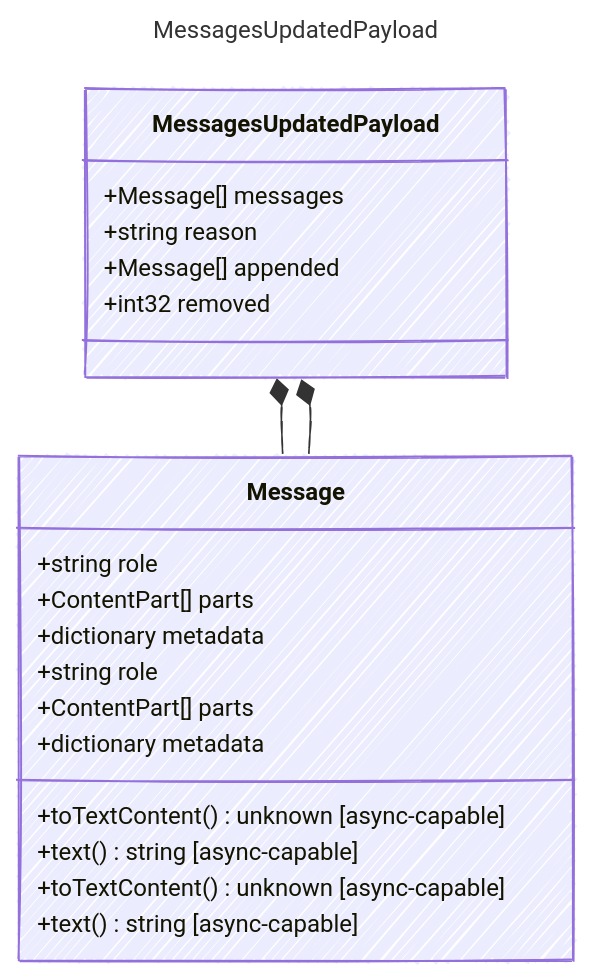
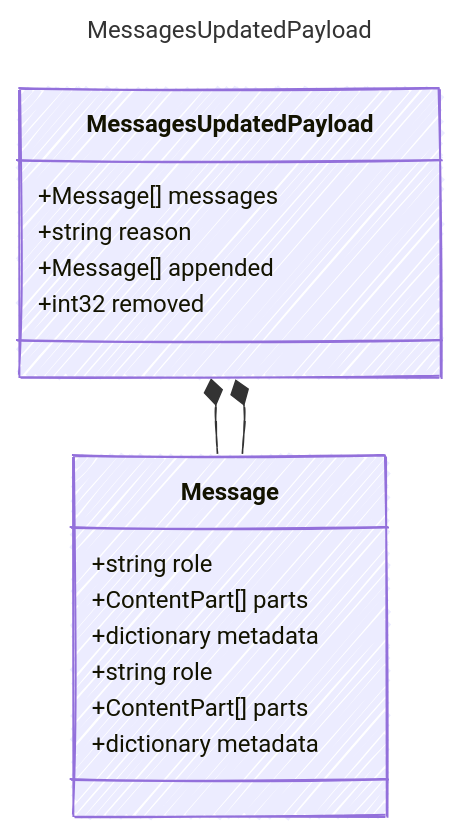
One commit to microsoft/prompty changed the diagram in web/src/content/docs/reference/MessagesUpdatedPayload.md. Above: the diagram before and after it, drawn with Mermaid. The commit also changed 543 other files, not shown here.

````diff
--- a/web/src/content/docs/reference/MessagesUpdatedPayload.md
+++ b/web/src/content/docs/reference/MessagesUpdatedPayload.md
@@ -12,33 +12,29 @@
 ```mermaid
 ---
 title: MessagesUpdatedPayload
 config:
   look: handDrawn
   theme: colorful
   class:
     hideEmptyMembersBox: true
 ---
 classDiagram
     class MessagesUpdatedPayload {
         +Message[] messages
         +string reason
         +Message[] appended
         +int32 removed
     }
     class Message {
         +string role
         +ContentPart[] parts
         +dictionary metadata
-        +toTextContent() unknown [async-capable]
-        +text() string [async-capable]
     }
     MessagesUpdatedPayload *-- Message
     class Message {
         +string role
         +ContentPart[] parts
         +dictionary metadata
-        +toTextContent() unknown [async-capable]
-        +text() string [async-capable]
     }
     MessagesUpdatedPayload *-- Message
 ```
````
